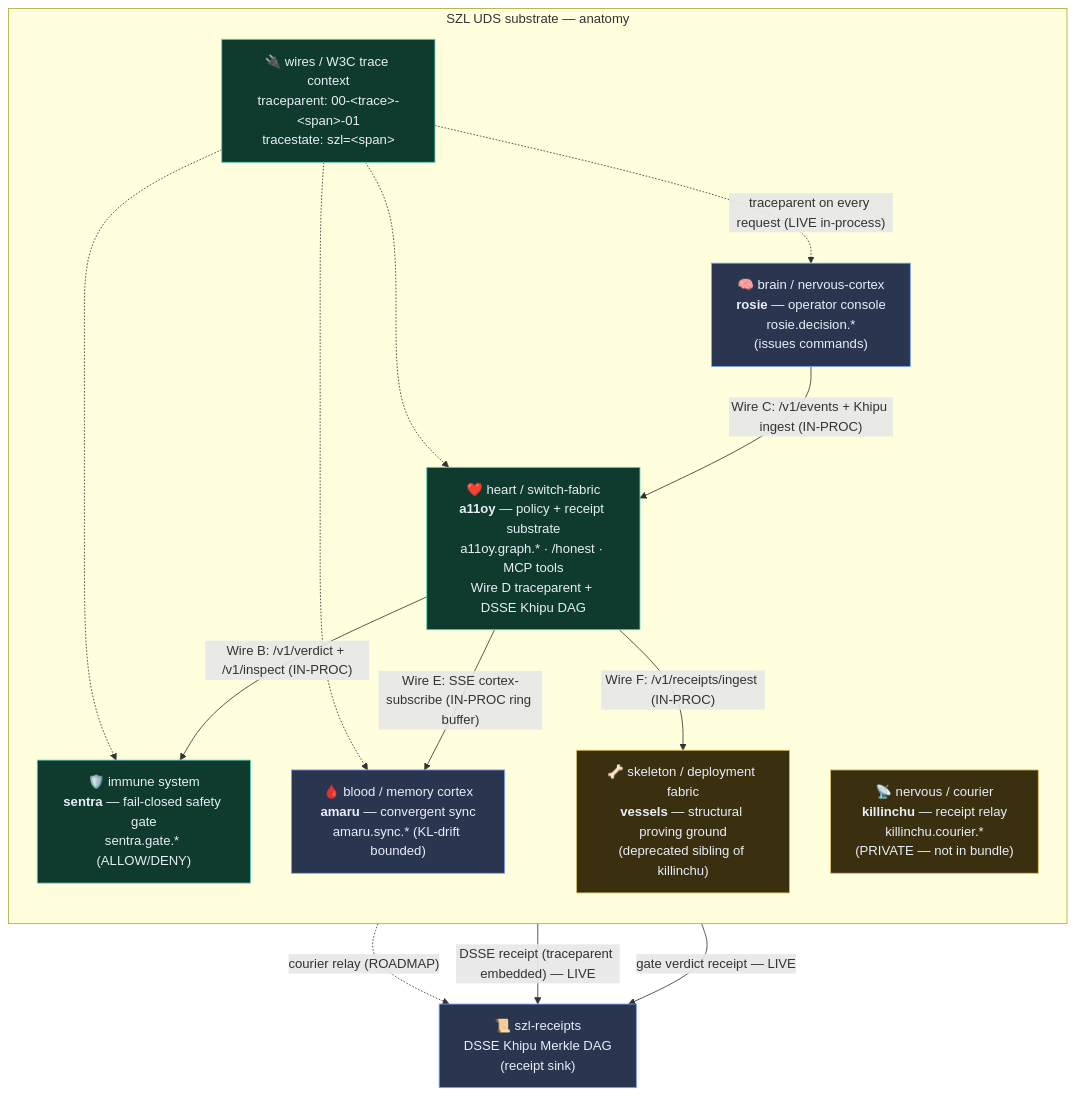
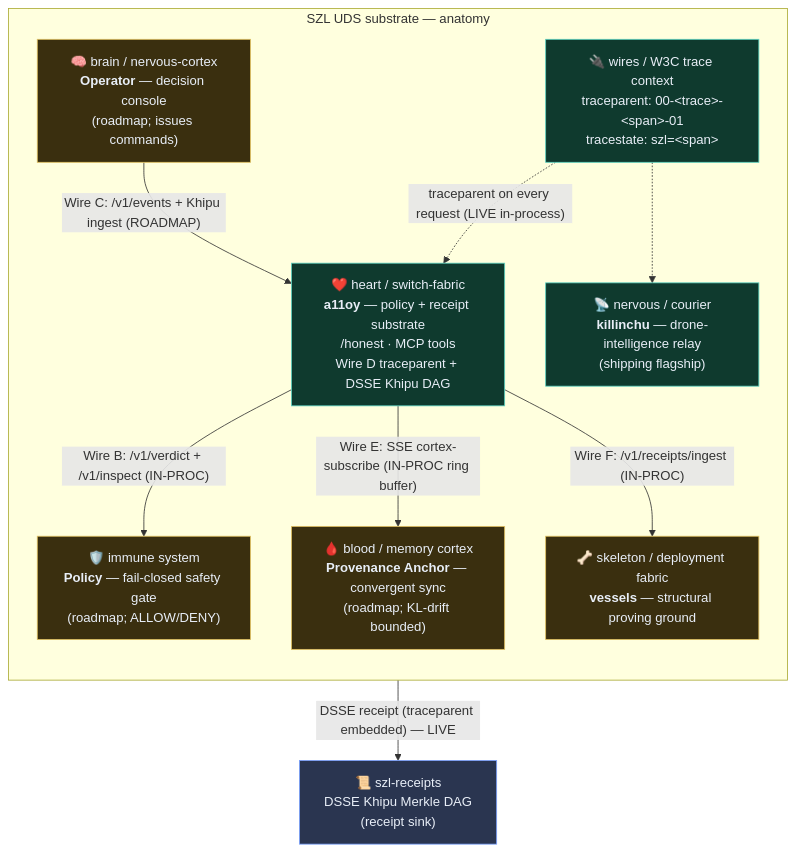
Before and after one commit to szl-holdings/docs-site: the diagram in docs/mesh.md, drawn with Mermaid. The commit also changed other lines of this file, not shown here.

First line of the commit message:
docs(mesh): retire codenames to honest roles; correct LIVE overclaims

````diff
--- a/docs/mesh.md
+++ b/docs/mesh.md
@@ -20,32 +24,28 @@
 ```mermaid
 flowchart TB
     classDef live fill:#0f3a2e,stroke:#5ad1c0,color:#e8eef7;
     classDef inproc fill:#2a3550,stroke:#7aa2ff,color:#e8eef7;
     classDef roadmap fill:#3a2f0f,stroke:#e0c060,color:#e8eef7;
 
     subgraph BODY["SZL UDS substrate — anatomy"]
       direction TB
-      ROSIE["🧠 brain / nervous-cortex<br/><b>rosie</b> — operator console<br/>rosie.decision.*<br/>(issues commands)"]:::inproc
-      A11OY["❤️ heart / switch-fabric<br/><b>a11oy</b> — policy + receipt substrate<br/>a11oy.graph.* · /honest · MCP tools<br/>Wire D traceparent + DSSE Khipu DAG"]:::live
-      AMARU["🩸 blood / memory cortex<br/><b>amaru</b> — convergent sync<br/>amaru.sync.* (KL-drift bounded)"]:::inproc
-      SENTRA["🛡️ immune system<br/><b>sentra</b> — fail-closed safety gate<br/>sentra.gate.* (ALLOW/DENY)"]:::live
-      KILLINCHU["📡 nervous / courier<br/><b>killinchu</b> — receipt relay<br/>killinchu.courier.*<br/>(PRIVATE — not in bundle)"]:::roadmap
-      VESSELS["🦴 skeleton / deployment fabric<br/><b>vessels</b> — structural proving ground<br/>(deprecated sibling of killinchu)"]:::roadmap
+      OPERATOR["🧠 brain / nervous-cortex<br/><b>Operator</b> — decision console<br/>(roadmap; issues commands)"]:::roadmap
+      A11OY["❤️ heart / switch-fabric<br/><b>a11oy</b> — policy + receipt substrate<br/>/honest · MCP tools<br/>Wire D traceparent + DSSE Khipu DAG"]:::live
+      ANCHOR["🩸 blood / memory cortex<br/><b>Provenance Anchor</b> — convergent sync<br/>(roadmap; KL-drift bounded)"]:::roadmap
+      POLICY["🛡️ immune system<br/><b>Policy</b> — fail-closed safety gate<br/>(roadmap; ALLOW/DENY)"]:::roadmap
+      KILLINCHU["📡 nervous / courier<br/><b>killinchu</b> — drone-intelligence relay<br/>(shipping flagship)"]:::live
+      VESSELS["🦴 skeleton / deployment fabric<br/><b>vessels</b> — structural proving ground"]:::roadmap
       WIRES["🔌 wires / W3C trace context<br/>traceparent: 00-&lt;trace&gt;-&lt;span&gt;-01<br/>tracestate: szl=&lt;span&gt;"]:::live
     end
 
     RECEIPTS["📜 szl-receipts<br/>DSSE Khipu Merkle DAG<br/>(receipt sink)"]:::inproc
 
-    ROSIE -->|"Wire C: /v1/events + Khipu ingest (IN-PROC)"| A11OY
-    A11OY -->|"Wire B: /v1/verdict + /v1/inspect (IN-PROC)"| SENTRA
-    A11OY -->|"Wire E: SSE cortex-subscribe (IN-PROC ring buffer)"| AMARU
+    OPERATOR -->|"Wire C: /v1/events + Khipu ingest (ROADMAP)"| A11OY
+    A11OY -->|"Wire B: /v1/verdict + /v1/inspect (IN-PROC)"| POLICY
+    A11OY -->|"Wire E: SSE cortex-subscribe (IN-PROC ring buffer)"| ANCHOR
     A11OY -->|"Wire F: /v1/receipts/ingest (IN-PROC)"| VESSELS
-    KILLINCHU -.->|"courier relay (ROADMAP)"| RECEIPTS
     A11OY -->|"DSSE receipt (traceparent embedded) — LIVE"| RECEIPTS
-    SENTRA -->|"gate verdict receipt — LIVE"| RECEIPTS
 
-    WIRES -.->|"traceparent on every request (LIVE in-process)"| ROSIE
-    WIRES -.-> A11OY
-    WIRES -.-> AMARU
-    WIRES -.-> SENTRA
+    WIRES -.->|"traceparent on every request (LIVE in-process)"| A11OY
+    WIRES -.-> KILLINCHU
 ```
````
